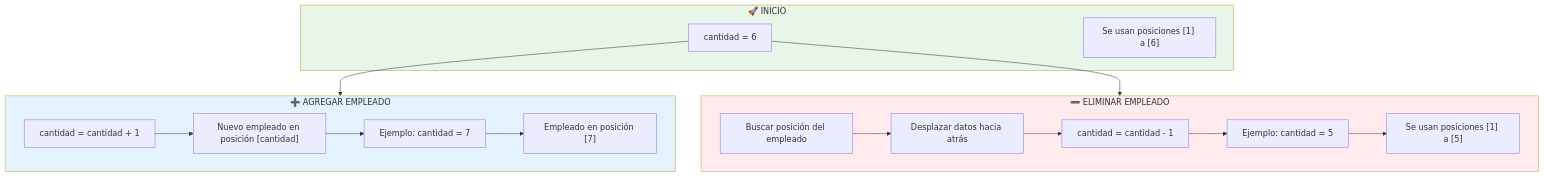
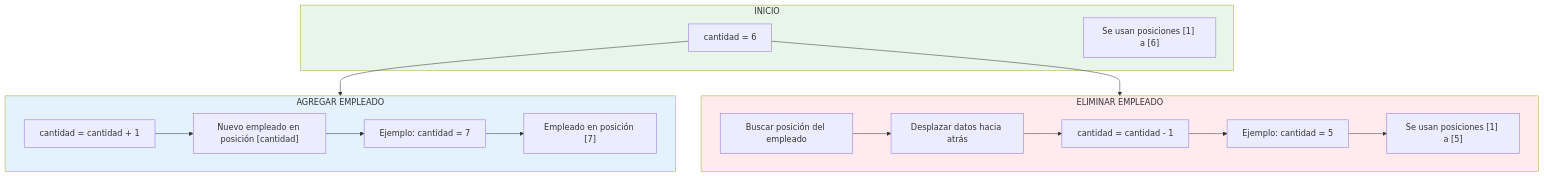
Before and after one commit to Jositz/Sistema-Gestion-Recursos-Humanos: the fifth of 9 diagrams in Diagrama_Estructura_Arreglos.md, drawn with Mermaid. The commit also changed other lines of this file, not shown here.

````diff
--- a/Diagrama_Estructura_Arreglos.md
+++ b/Diagrama_Estructura_Arreglos.md
@@ -256,36 +256,36 @@
 ```mermaid
 flowchart TD
-    subgraph INIT ["🚀 INICIO"]
+    subgraph INIT [" INICIO"]
         I1["cantidad = 6"]
         I2["Se usan posiciones [1] a [6]"]
     end
 
-    subgraph ADD ["➕ AGREGAR EMPLEADO"]
+    subgraph ADD [" AGREGAR EMPLEADO"]
         A1["cantidad = cantidad + 1"]
         A2["Nuevo empleado en posición [cantidad]"]
         A3["Ejemplo: cantidad = 7"]
         A4["Empleado en posición [7]"]
     end
 
-    subgraph DEL ["➖ ELIMINAR EMPLEADO"]
+    subgraph DEL [" ELIMINAR EMPLEADO"]
         D1["Buscar posición del empleado"]
         D2["Desplazar datos hacia atrás"]
         D3["cantidad = cantidad - 1"]
         D4["Ejemplo: cantidad = 5"]
         D5["Se usan posiciones [1] a [5]"]
     end
 
     I1 --> ADD
     I1 --> DEL
     A1 --> A2
     A2 --> A3
     A3 --> A4
     D1 --> D2
     D2 --> D3
     D3 --> D4
     D4 --> D5
 
     style INIT fill:#E8F5E9
     style ADD fill:#E3F2FD
     style DEL fill:#FFEBEE
 ```
````
